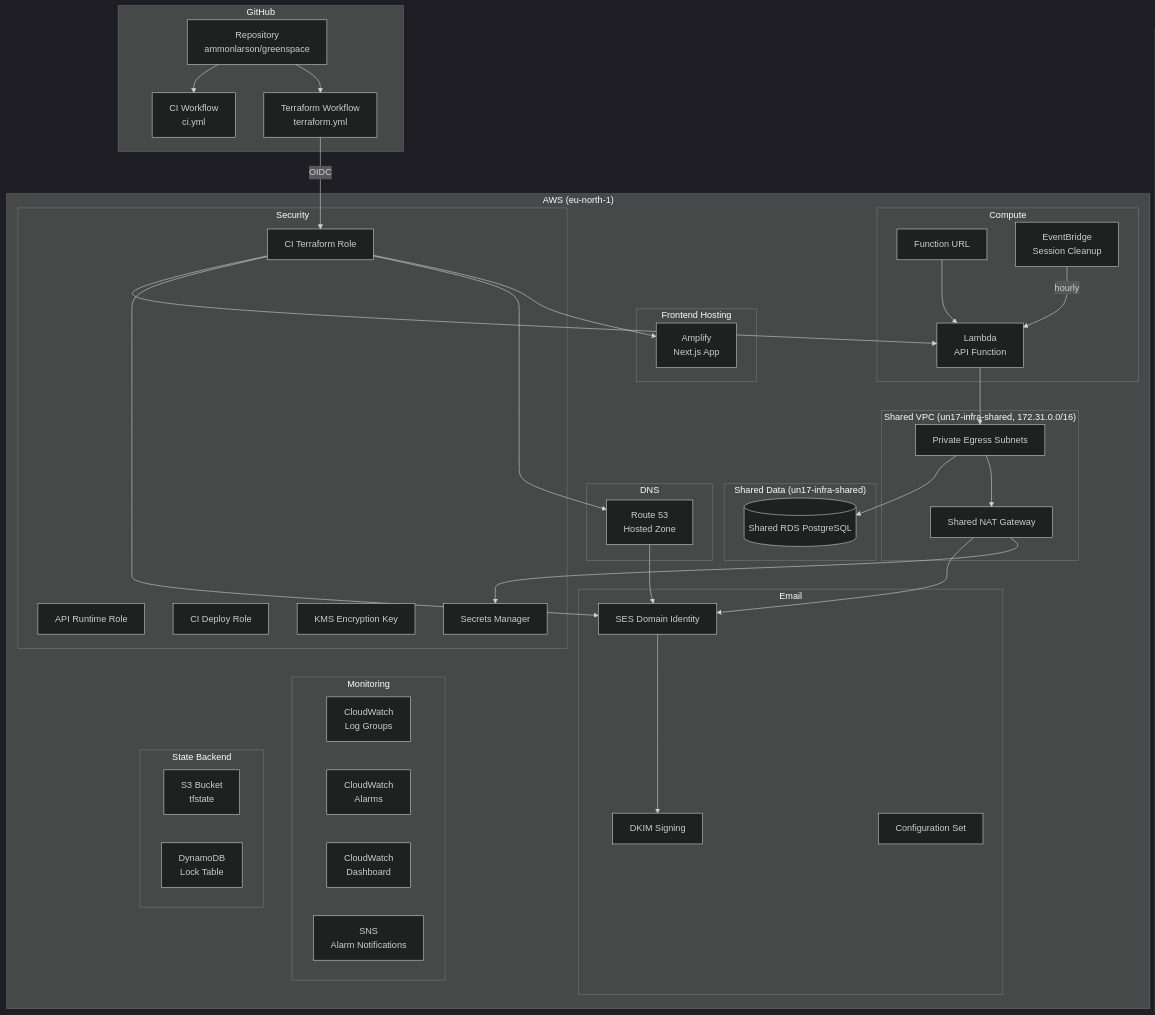
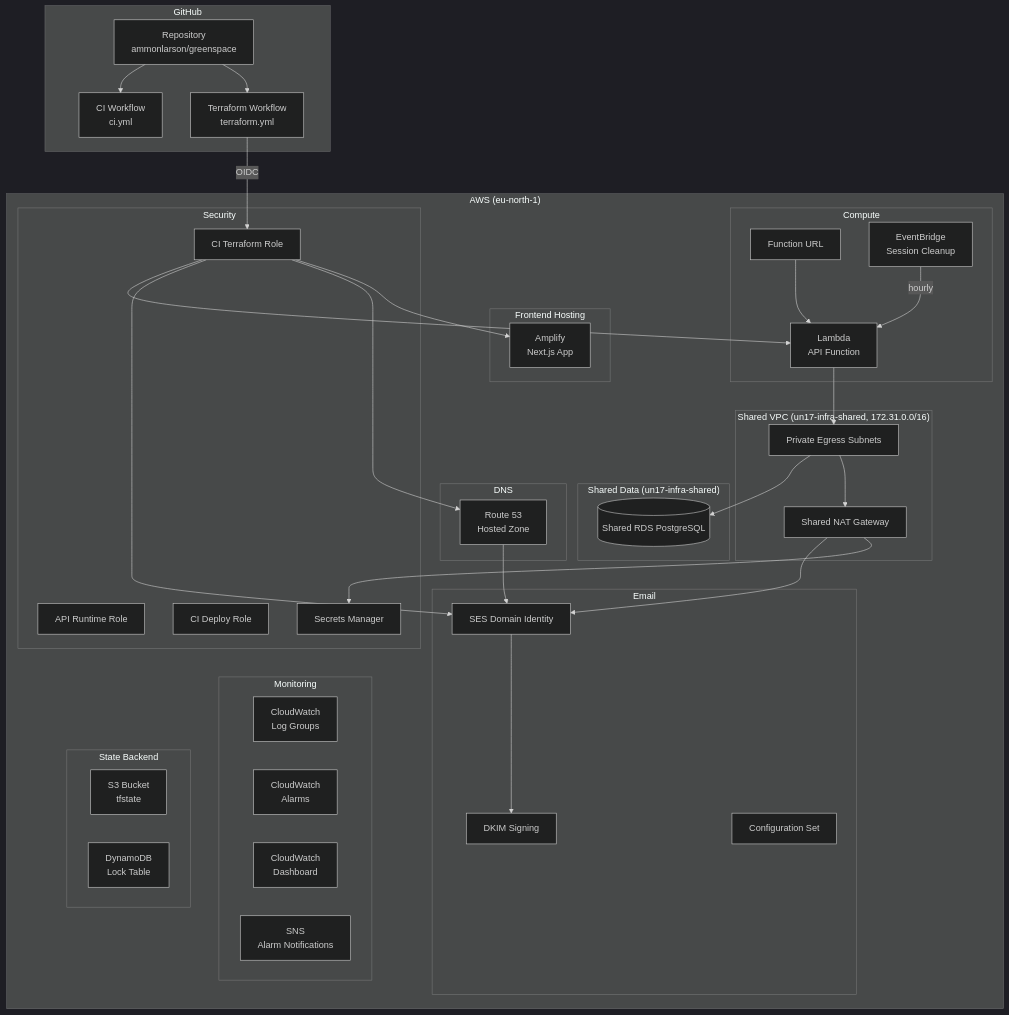
Before and after one commit to ammonl/greenspace: the fifth of 6 diagrams in docs/architecture.md, drawn with Mermaid (dark theme). The commit also changed other lines of this file and 3 other files, not shown here.

````diff
--- a/docs/architecture.md
+++ b/docs/architecture.md
@@ -259,76 +259,75 @@
 ```mermaid
 graph TB
     subgraph "GitHub"
         REPO[Repository<br/>ammonlarson/greenspace]
         CI[CI Workflow<br/>ci.yml]
         TF_WF[Terraform Workflow<br/>terraform.yml]
     end
 
     subgraph "AWS (eu-north-1)"
         subgraph "Shared VPC (un17-infra-shared, 172.31.0.0/16)"
             SHARED_SUB[Private Egress Subnets]
             SHARED_NAT[Shared NAT Gateway]
         end
 
         subgraph "Compute"
             LAMBDA[Lambda<br/>API Function]
             LAMBDA_URL[Function URL]
             EB[EventBridge<br/>Session Cleanup]
         end
 
         subgraph "Shared Data (un17-infra-shared)"
             RDS[(Shared RDS PostgreSQL)]
         end
 
         subgraph "Frontend Hosting"
             AMPLIFY[Amplify<br/>Next.js App]
         end
 
         subgraph "Email"
             SES_ID[SES Domain Identity]
             SES_DKIM[DKIM Signing]
             SES_CS[Configuration Set]
         end
 
         subgraph "DNS"
             R53[Route 53<br/>Hosted Zone]
         end
 
         subgraph "Security"
             IAM_API[API Runtime Role]
             IAM_CI[CI Deploy Role]
             IAM_TF[CI Terraform Role]
-            KMS[KMS Encryption Key]
             SECRETS[Secrets Manager]
         end
 
         subgraph "Monitoring"
             CW[CloudWatch<br/>Log Groups]
             ALARMS[CloudWatch<br/>Alarms]
             DASH[CloudWatch<br/>Dashboard]
             SNS[SNS<br/>Alarm Notifications]
         end
 
         subgraph "State Backend"
             S3[S3 Bucket<br/>tfstate]
             DDB[DynamoDB<br/>Lock Table]
         end
     end
 
     REPO --> CI
     REPO --> TF_WF
     TF_WF -->|OIDC| IAM_TF
     IAM_TF --> LAMBDA
     IAM_TF --> SES_ID
     IAM_TF --> R53
     IAM_TF --> AMPLIFY
     LAMBDA_URL --> LAMBDA
     EB -->|hourly| LAMBDA
     LAMBDA --> SHARED_SUB
     SHARED_SUB --> RDS
     SHARED_SUB --> SHARED_NAT
     SHARED_NAT --> SES_ID
     SHARED_NAT --> SECRETS
     R53 --> SES_ID
     SES_ID --> SES_DKIM
 ```
````
